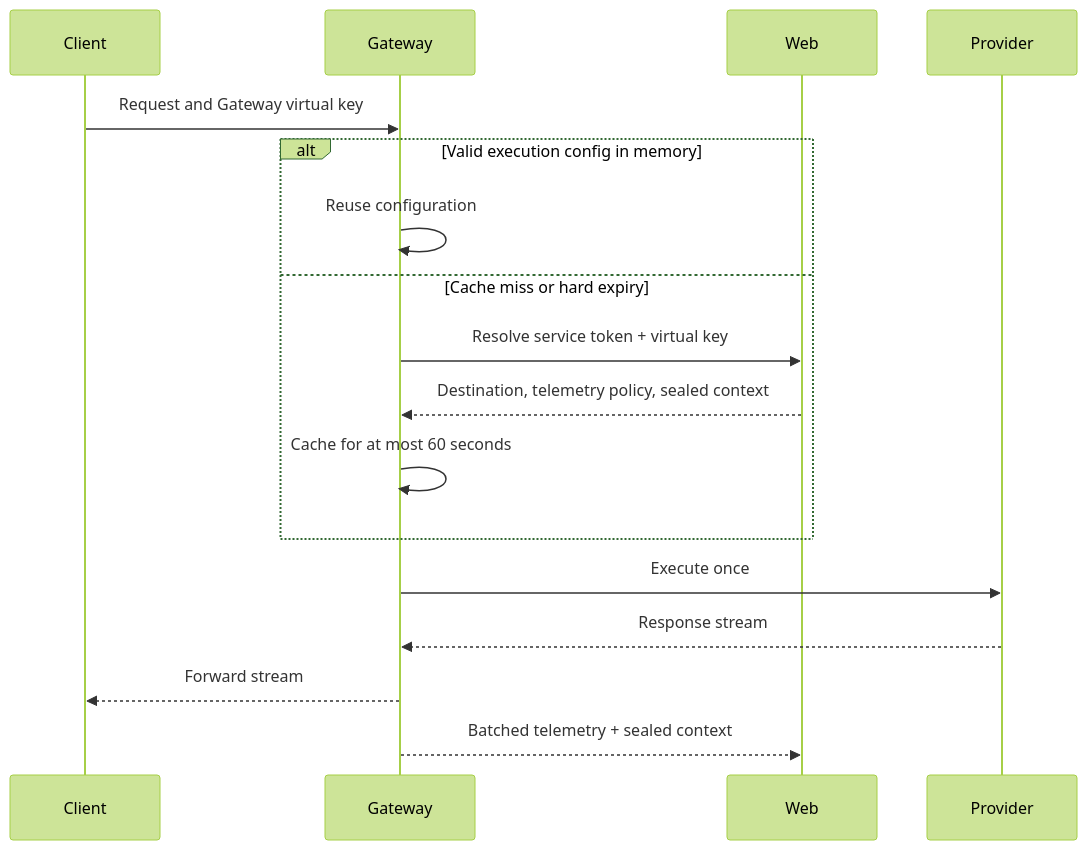
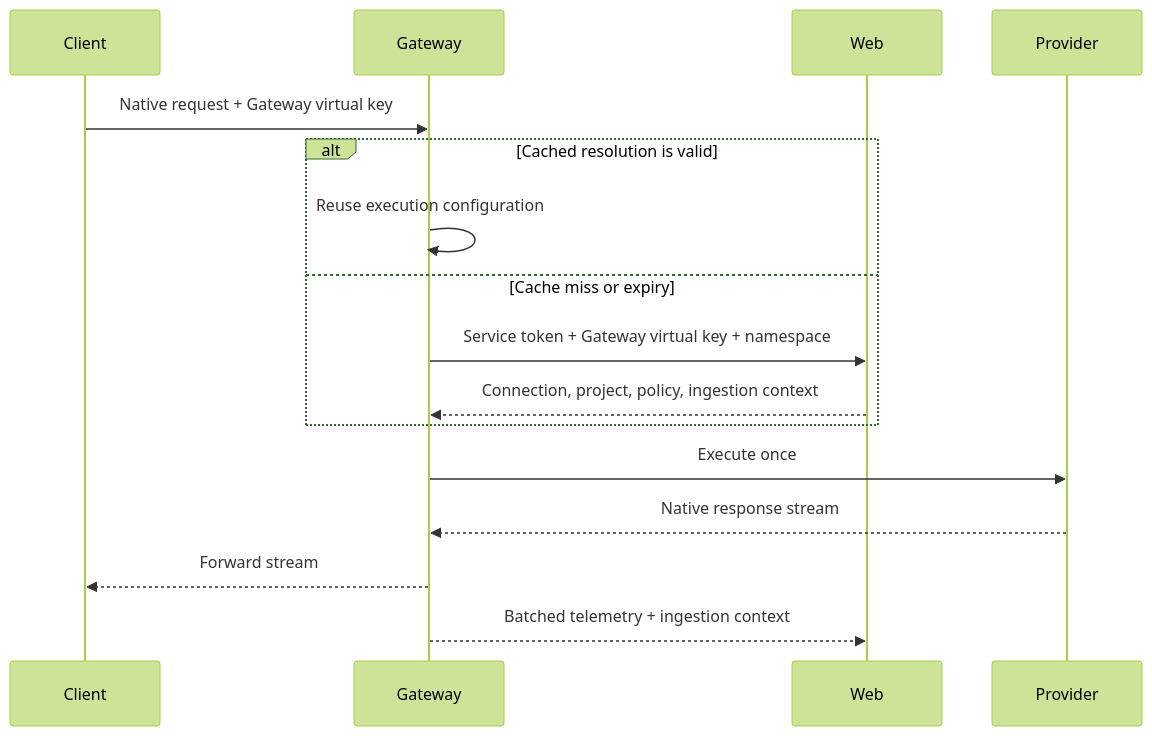
One commit to langfuse/langfuse changed the second of 2 diagrams in specs/llm-gateway-rfc.md. Above: the diagram before and after it, drawn with Mermaid (forest theme). The commit also changed other lines of this file, not shown here.

Commit message:
docs(ai-gateway): refine V1 control plane

````diff
--- a/specs/llm-gateway-rfc.md
+++ b/specs/llm-gateway-rfc.md
@@ -134,20 +135,19 @@
 ```mermaid
 sequenceDiagram
     participant Client
     participant Gateway
     participant Web
     participant Provider
 
-    Client->>Gateway: Request and Gateway virtual key
-    alt Valid execution config in memory
-        Gateway->>Gateway: Reuse configuration
-    else Cache miss or hard expiry
-        Gateway->>Web: Resolve service token + virtual key
-        Web-->>Gateway: Destination, telemetry policy, sealed context
-        Gateway->>Gateway: Cache for at most 60 seconds
+    Client->>Gateway: Native request + Gateway virtual key
+    alt Cached resolution is valid
+        Gateway->>Gateway: Reuse execution configuration
+    else Cache miss or expiry
+        Gateway->>Web: Service token + Gateway virtual key + namespace
+        Web-->>Gateway: Connection, project, policy, ingestion context
     end
     Gateway->>Provider: Execute once
-    Provider-->>Gateway: Response stream
+    Provider-->>Gateway: Native response stream
     Gateway-->>Client: Forward stream
-    Gateway-->>Web: Batched telemetry + sealed context
+    Gateway-->>Web: Batched telemetry + ingestion context
 ```
````
